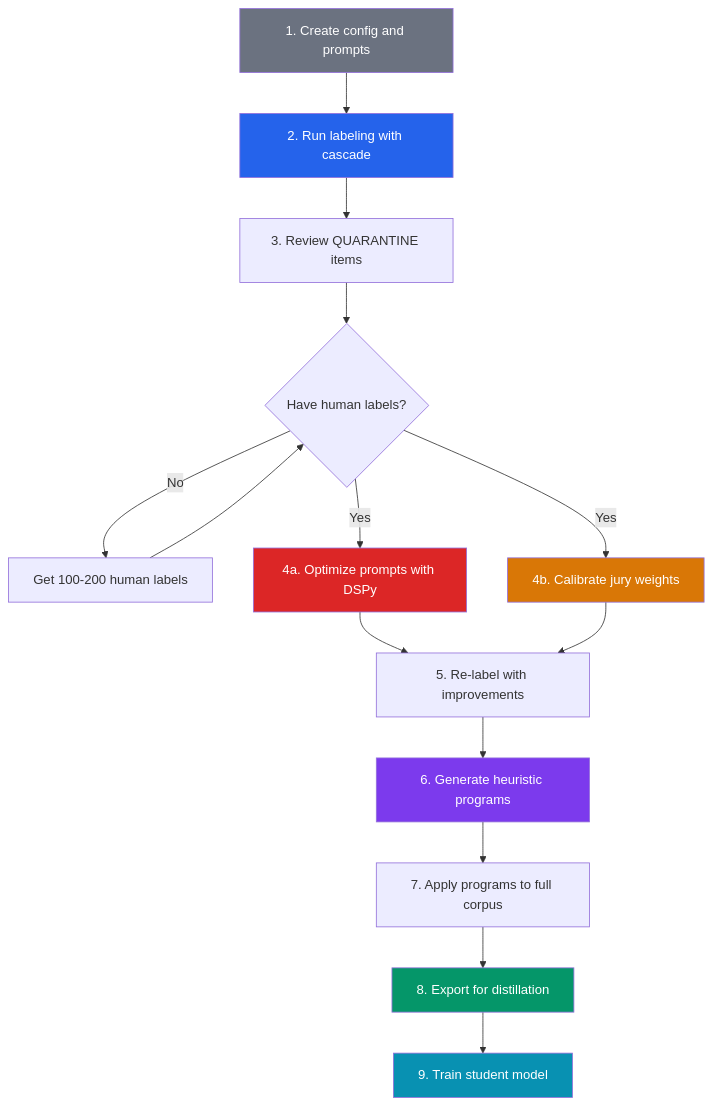
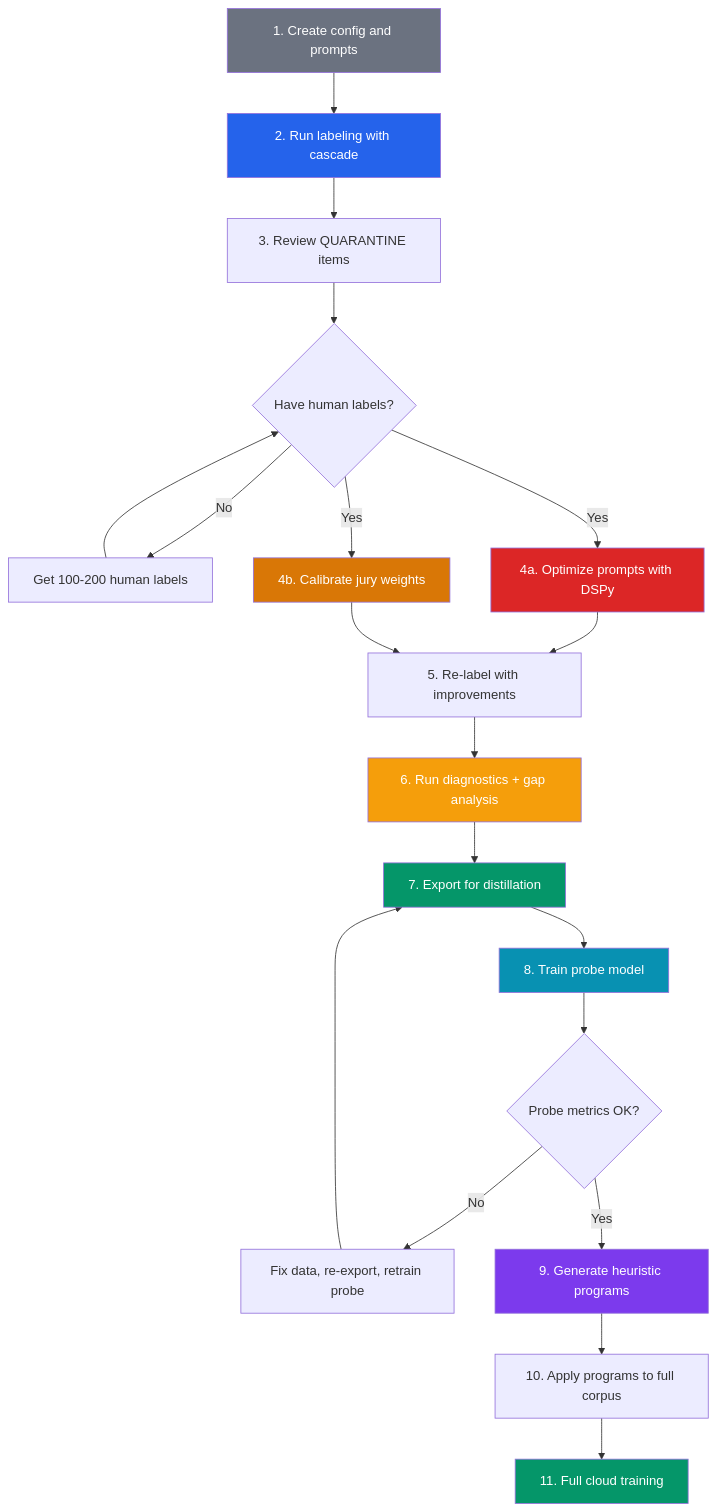
One commit to acertainKnight/autolabeler changed the ninth of 9 diagrams in README.md. Above: the diagram before and after it, drawn with Mermaid. The commit also changed other lines of this file and 34 other files, not shown here.

````diff
--- a/README.md
+++ b/README.md
@@ -402,37 +529,48 @@
 ```mermaid
 flowchart TD
     Start["1. Create config and prompts"]
     Label["2. Run labeling with cascade"]
     Review["3. Review QUARANTINE items"]
     HasHuman{"Have human labels?"}
     MoreData["Get 100-200 human labels"]
     Optimize["4a. Optimize prompts with DSPy"]
     Calibrate["4b. Calibrate jury weights"]
     Relabel["5. Re-label with improvements"]
-    Programs["6. Generate heuristic programs"]
-    Scale["7. Apply programs to full corpus"]
-    Export["8. Export for distillation"]
-    Train["9. Train student model"]
+    Diag["6. Run diagnostics + gap analysis"]
+    Export["7. Export for distillation"]
+    Probe["8. Train probe model"]
+    Satisfied{"Probe metrics OK?"}
+    FixData["Fix data, re-export, retrain probe"]
+    Programs["9. Generate heuristic programs"]
+    Scale["10. Apply programs to full corpus"]
+    Train["11. Full cloud training"]
 
     Start --> Label
     Label --> Review
     Review --> HasHuman
     HasHuman -->|No| MoreData
     MoreData --> HasHuman
     HasHuman -->|Yes| Optimize
     HasHuman -->|Yes| Calibrate
     Optimize --> Relabel
     Calibrate --> Relabel
-    Relabel --> Programs
+    Relabel --> Diag
+    Diag --> Export
+    Export --> Probe
+    Probe --> Satisfied
+    Satisfied -->|No| FixData
+    FixData --> Export
+    Satisfied -->|Yes| Programs
     Programs --> Scale
-    Scale --> Export
-    Export --> Train
+    Scale --> Train
 
     style Start fill:#6b7280,color:#fff
     style Label fill:#2563eb,color:#fff
     style Optimize fill:#dc2626,color:#fff
     style Calibrate fill:#d97706,color:#fff
+    style Diag fill:#f59e0b,color:#fff
+    style Probe fill:#0891b2,color:#fff
     style Programs fill:#7c3aed,color:#fff
     style Export fill:#059669,color:#fff
-    style Train fill:#0891b2,color:#fff
+    style Train fill:#059669,color:#fff
 ```
````
